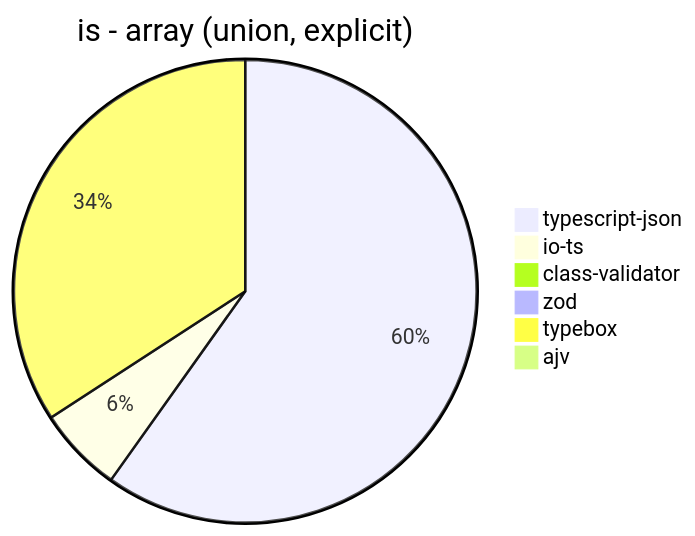
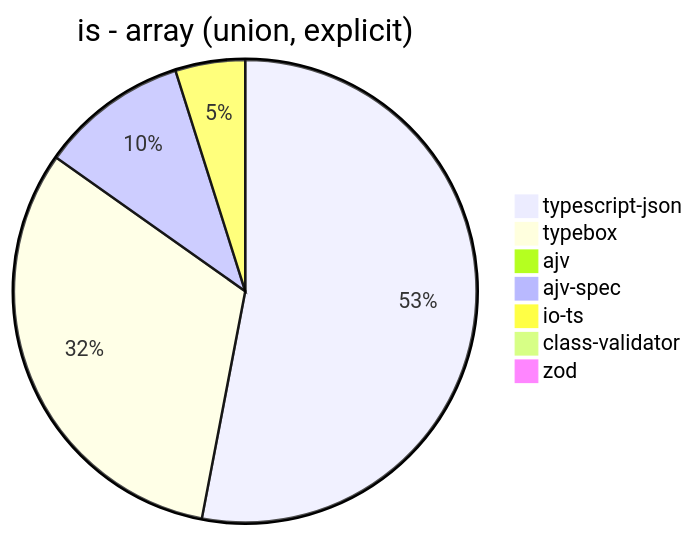
The sixth of 39 diagrams in benchmark/results/AMD Ryzen 7 3700X 8-Core Processor.md (samchon/typia), drawn with Mermaid before and after one commit. The commit also changed other lines of this file and 10 other files, not shown here.

Commit message:
Add ajv-spec benchmarks

````diff
--- a/benchmark/results/AMD Ryzen 7 3700X 8-Core Processor.md
+++ b/benchmark/results/AMD Ryzen 7 3700X 8-Core Processor.md
@@ -76,9 +81,10 @@
 ```mermaid
 pie title is - array (union, explicit)
-  "typescript-json": 2852.642819006941
-  "io-ts": 284.8124767916821
-  "class-validator": 6.578947368421052
+  "typescript-json": 2977.364740522635
+  "typebox": 1786.0594795539034
+  "ajv": 0
+  "ajv-spec": 579.9350415012631
+  "io-ts": 273.7137511693171
+  "class-validator": 6.3753984624039
   "zod": 2.4390243902439024
-  "typebox": 1629.147571035747
-  "ajv": 0
 ```
````
